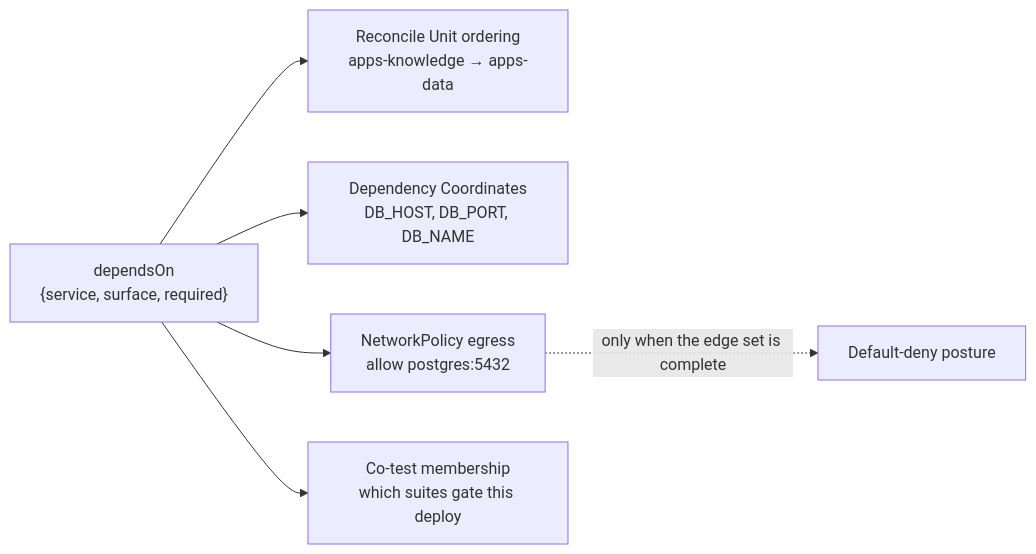
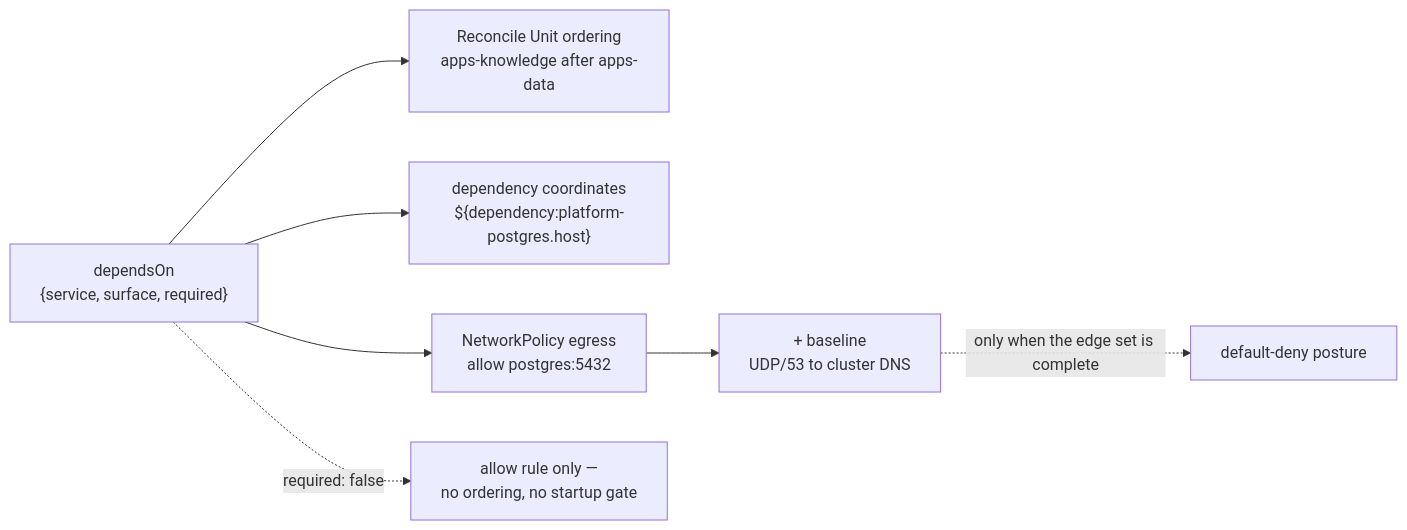
One commit to JorisJonkers-dev/deploy-config-schema changed the first of 3 diagrams in spec/v1/16-dependencies.md. Above: the diagram before and after it, drawn with Mermaid. The commit also changed other lines of this file and 110 other files, not shown here.

````diff
--- a/spec/v1/16-dependencies.md
+++ b/spec/v1/16-dependencies.md
@@ -27,11 +42,13 @@
 ```mermaid
 flowchart LR
     E["dependsOn<br/>{service, surface, required}"]
 
-    E --> O1["Reconcile Unit ordering<br/>apps-knowledge → apps-data"]
-    E --> O2["Dependency Coordinates<br/>DB_HOST, DB_PORT, DB_NAME"]
+    E --> O1["Reconcile Unit ordering<br/>apps-knowledge after apps-data"]
+    E --> O2["dependency coordinates<br/>${dependency:platform-postgres.host}"]
     E --> O3["NetworkPolicy egress<br/>allow postgres:5432"]
-    E --> O4["Co-test membership<br/>which suites gate this deploy"]
 
-    O3 -.->|"only when the edge set is complete"| O5["Default-deny posture"]
+    E -.->|"required: false"| N1["allow rule only —<br/>no ordering, no startup gate"]
+
+    O3 --> B["+ baseline<br/>UDP/53 to cluster DNS"]
+    B -.->|"only when the edge set is complete"| D["default-deny posture"]
 ```
````
